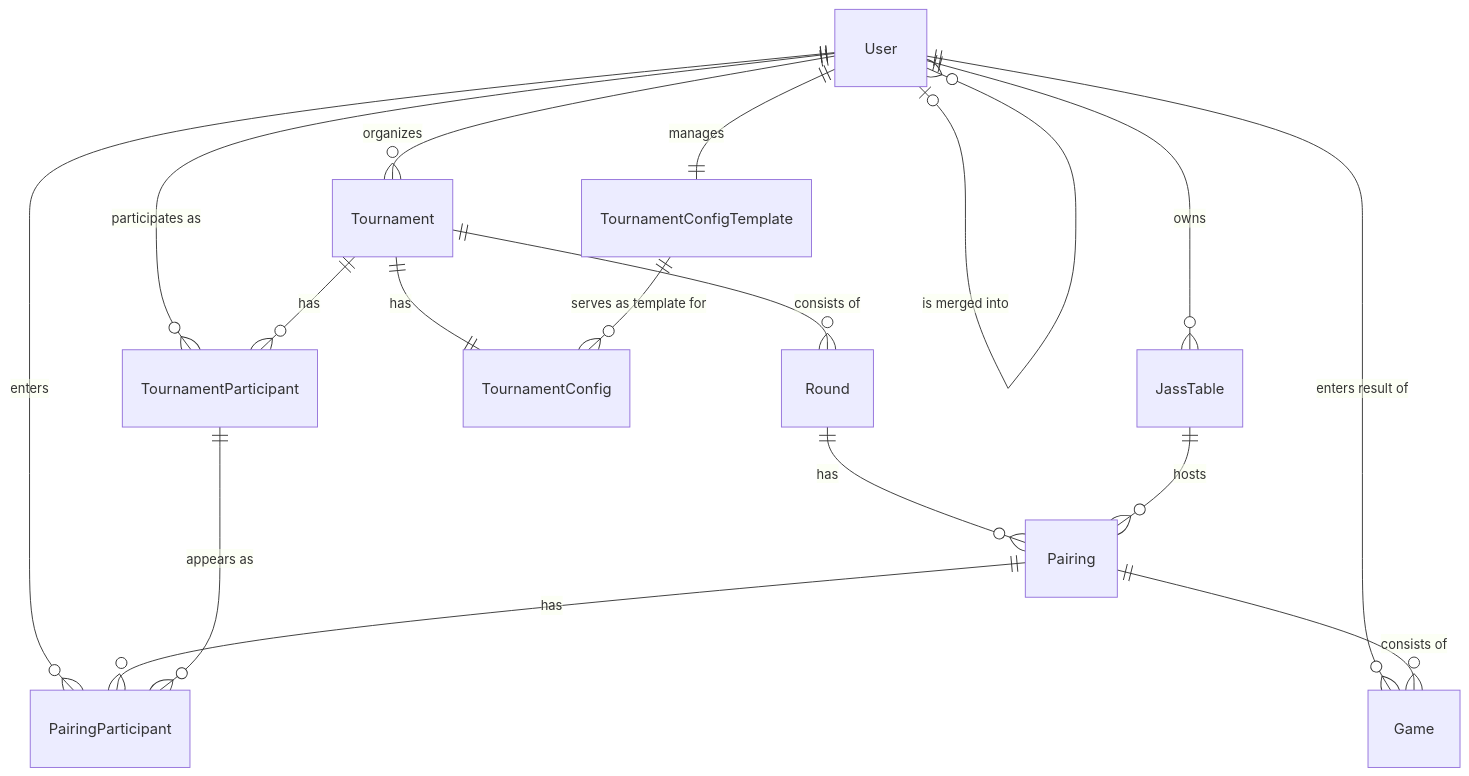
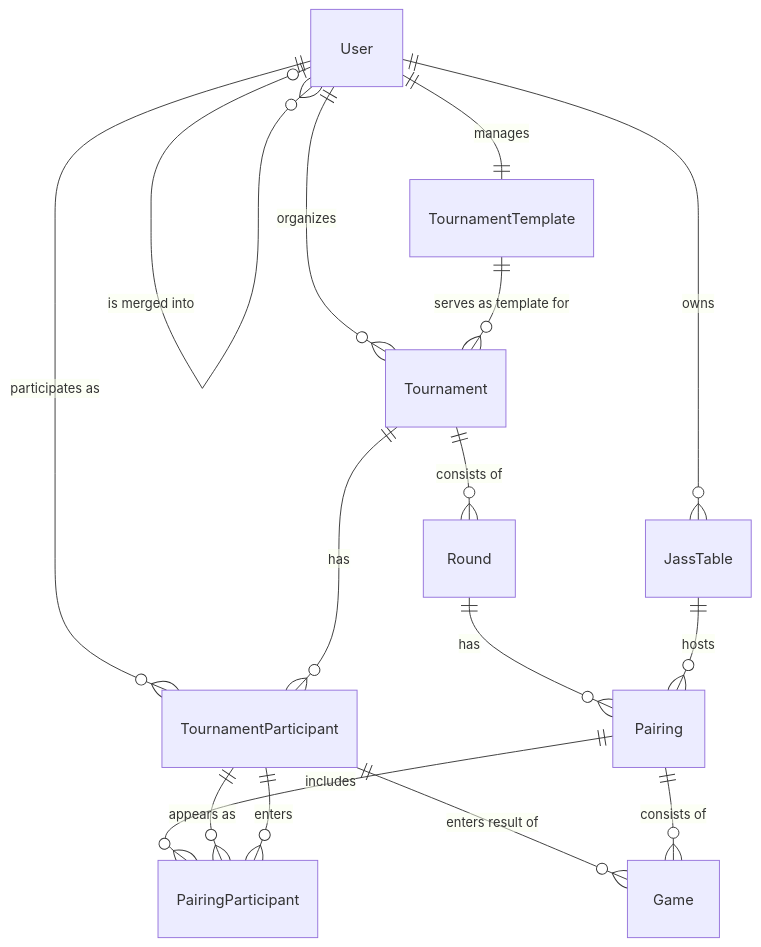
One commit to manuweber93/jass-tournament-manager changed the diagram in docs/database-schema.md. Above: the diagram before and after it, drawn with Mermaid. The commit also changed other lines of this file and 23 other files, not shown here.

Commit message:
remove tournament config, add tests, add test coverage in ci/cd

````diff
--- a/docs/database-schema.md
+++ b/docs/database-schema.md
@@ -6,25 +6,25 @@
 ```mermaid
 erDiagram
     User ||--o{ Tournament : "organizes"
-    User ||--|| TournamentConfigTemplate : "manages"
+    User ||--|| TournamentTemplate : "manages"
     User ||--o{ TournamentParticipant : "participates as"
     User ||--o{ JassTable : "owns"
-    User ||--o{ Game : "enters result of"
-    User ||--o{ PairingParticipant : "enters"
     User o|--o{ User : "is merged into"
 
-    Tournament ||--|| TournamentConfig : "has"
-    TournamentConfigTemplate ||--o{ TournamentConfig : "serves as template for"
+    TournamentTemplate ||--o{ Tournament : "serves as template for"
 
     Tournament ||--o{ TournamentParticipant : "has"
     Tournament ||--o{ Round : "consists of"
 
     Round ||--o{ Pairing : "has"
 
     JassTable ||--o{ Pairing : "hosts"
 
-    Pairing ||--o{ PairingParticipant : "has"
+    Pairing ||--o{ PairingParticipant : "includes"
+
     TournamentParticipant ||--o{ PairingParticipant : "appears as"
+    TournamentParticipant ||--o{ Game : "enters result of"
+    TournamentParticipant ||--o{ PairingParticipant : "enters"
 
     Pairing ||--o{ Game : "consists of"
 ```
````
